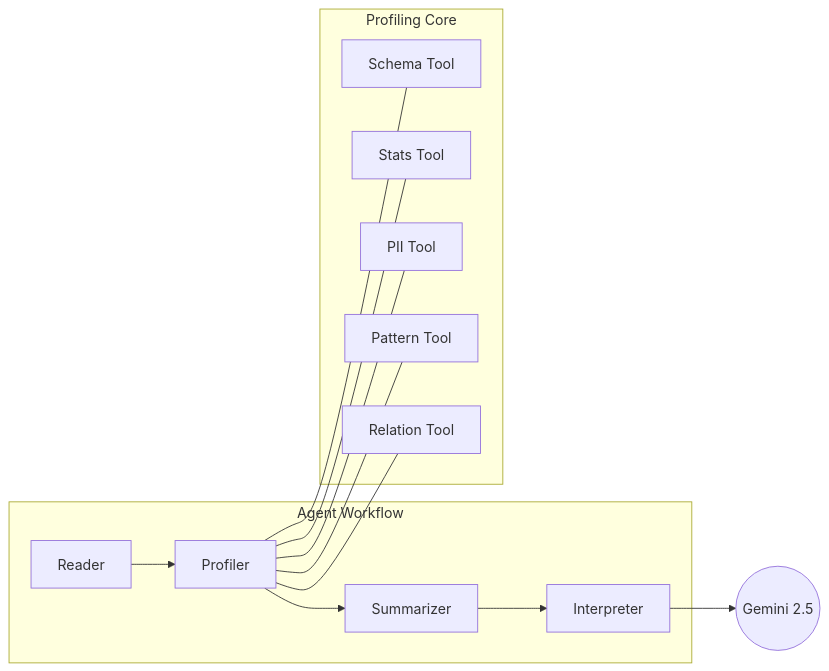
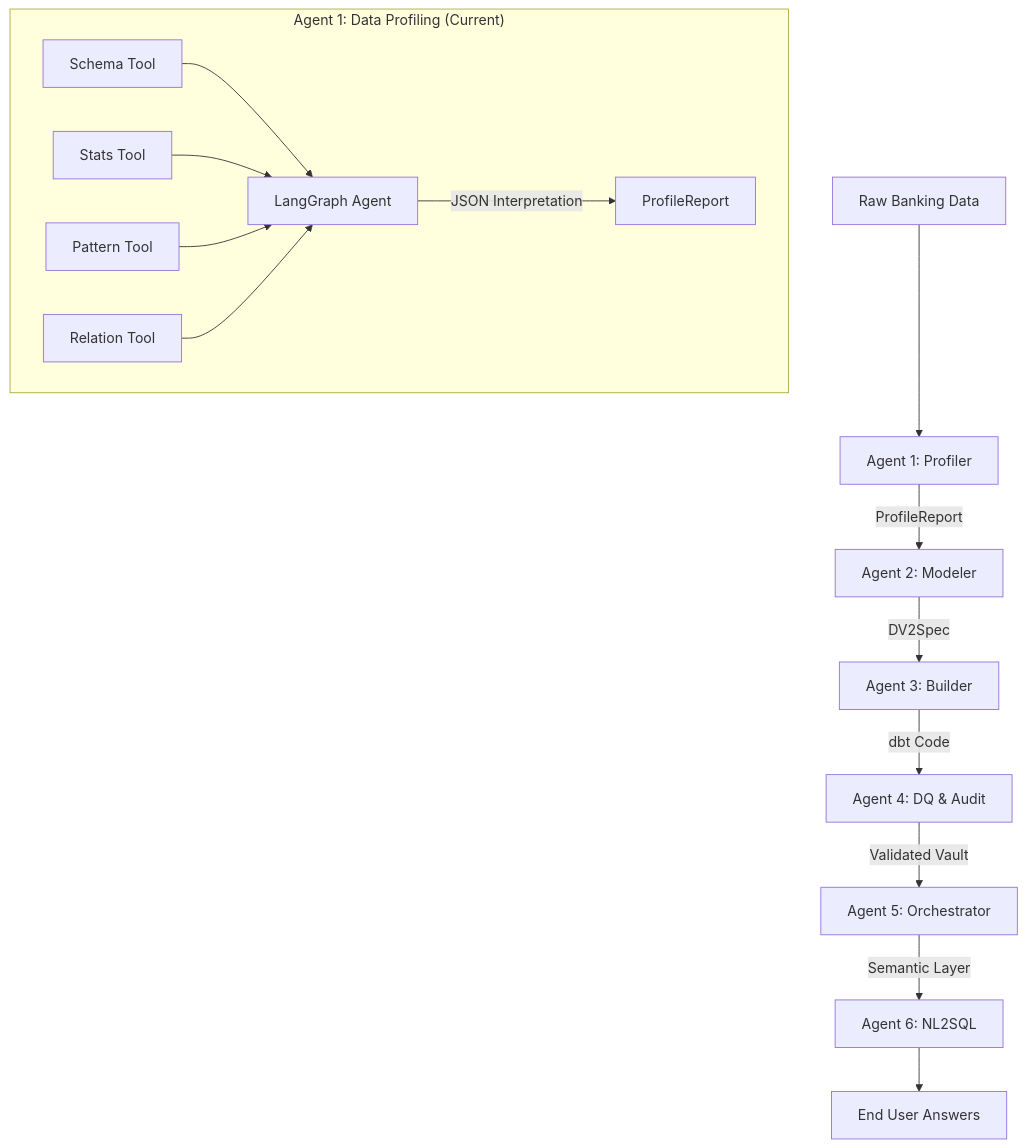
The diagram in README.md (sathishthandhari-collab/Data_Profiling_Agent), drawn with Mermaid before and after one commit. The commit also changed other lines of this file and 30 other files, not shown here.

Commit message:
feat: implement data profiling agent with FastAPI, LangGraph, and Spark support including comprehensive documentation.

````diff
--- a/README.md
+++ b/README.md
@@ -29,18 +28,18 @@
 ```mermaid
-graph LR
-    subgraph "Agent Workflow"
-        Reader --> Profiler
-        Profiler --> Summarizer
-        Summarizer --> Interpreter
+graph TD
+    A[Raw Banking Data] --> B[Agent 1: Profiler]
+    B -->|ProfileReport| C[Agent 2: Modeler]
+    C -->|DV2Spec| D[Agent 3: Builder]
+    D -->|dbt Code| E[Agent 4: DQ & Audit]
+    E -->|Validated Vault| F[Agent 5: Orchestrator]
+    F -->|Semantic Layer| G[Agent 6: NL2SQL]
+    G --> H[End User Answers]
+
+    subgraph "Agent 1: Data Profiling (Current)"
+        B1[Schema Tool] --> B5[LangGraph Agent]
+        B2[Stats Tool] --> B5
+        B3[Pattern Tool] --> B5
+        B4[Relation Tool] --> B5
+        B5 -->|JSON Interpretation| B6[ProfileReport]
     end
-    
-    subgraph "Profiling Core"
-        Profiler --- Schema[Schema Tool]
-        Profiler --- Stats[Stats Tool]
-        Profiler --- PII[PII Tool]
-        Profiler --- Patterns[Pattern Tool]
-        Profiler --- Relations[Relation Tool]
-    end
-
-    Interpreter --> LLM((Gemini 2.5))
 ```
````
